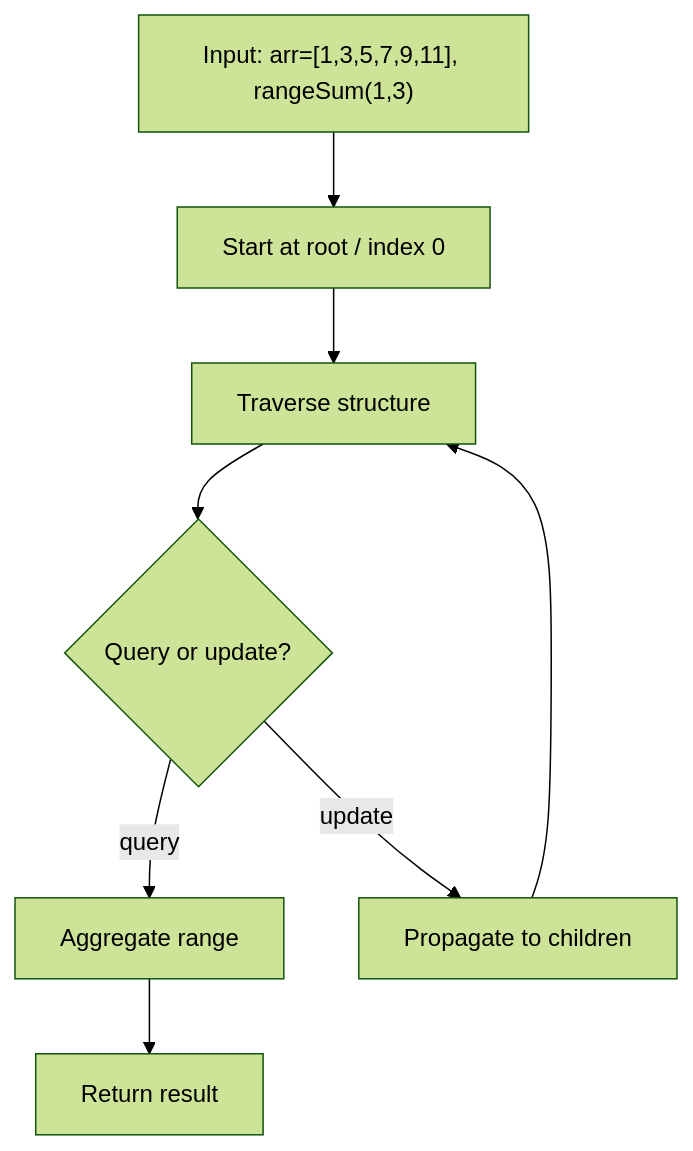
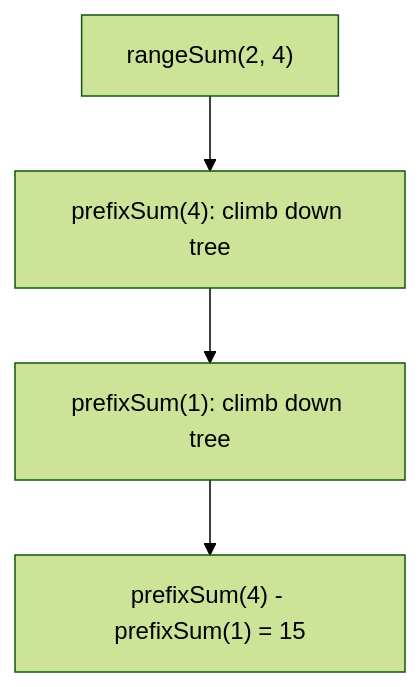
The first of 2 diagrams in 02_DSA/17_Advanced_Miscellaneous/FenwickTree/FenwickTree.md (Strangedip/PREP), drawn with Mermaid (forest theme) before and after one commit. The commit also changed other lines of this file and 55 other files, not shown here.

````diff
--- a/02_DSA/17_Advanced_Miscellaneous/FenwickTree/FenwickTree.md
+++ b/02_DSA/17_Advanced_Miscellaneous/FenwickTree/FenwickTree.md
@@ -39,11 +60,7 @@
 ```mermaid
 flowchart TD
-    START["Input: arr=[1,3,5,7,9,11], rangeSum(1,3)"]
-    START --> ROOT["Start at root / index 0"]
-    ROOT --> WALK["Traverse structure"]
-    WALK --> QUERY{"Query or update?"}
-    QUERY -->|query| AGG["Aggregate range"]
-    QUERY -->|update| PROP["Propagate to children"]
-    AGG --> DONE["Return result"]
-    PROP --> WALK
+    START["rangeSum(2, 4)"]
+    START --> P4["prefixSum(4): climb down tree"]
+    P4 --> P1["prefixSum(1): climb down tree"]
+    P1 --> SUB["prefixSum(4) - prefixSum(1) = 15"]
 ```
````
